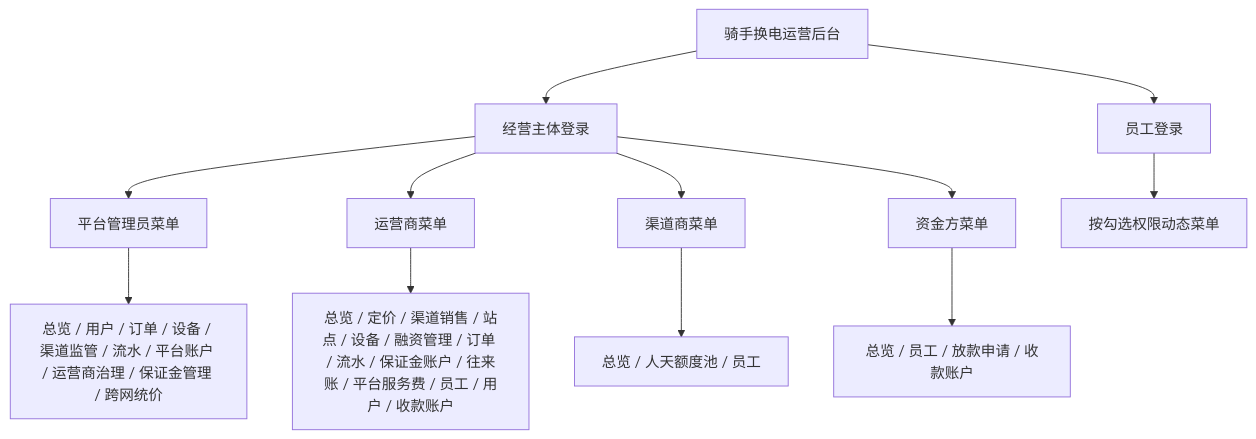
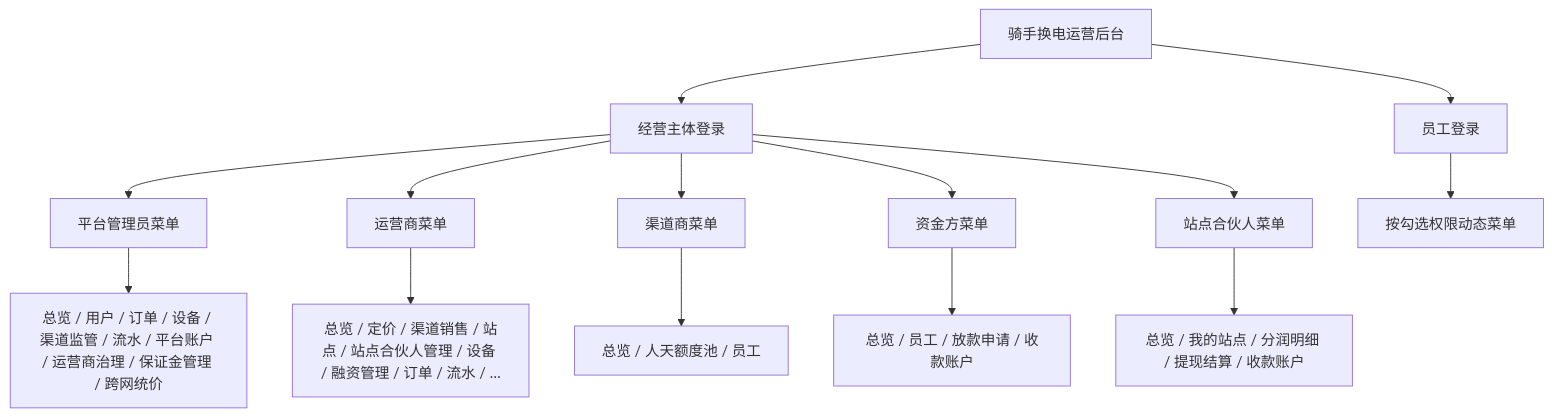
One commit to liudali/rider-swap-operator-prototype changed the third of 18 diagrams in docs/documentation/md/功能结构与业务流程.md. Above: the diagram before and after it, drawn with Mermaid. The commit also changed other lines of this file and 60 other files, not shown here.

````diff
--- a/docs/documentation/md/功能结构与业务流程.md
+++ b/docs/documentation/md/功能结构与业务流程.md
@@ -59,19 +61,21 @@
 ```mermaid
 flowchart TB
   Root[骑手换电运营后台]
 
   Root --> EntityLogin[经营主体登录]
   Root --> EmpLogin[员工登录]
 
   EntityLogin --> PlatM[平台管理员菜单]
   EntityLogin --> OPM[运营商菜单]
   EntityLogin --> CHM[渠道商菜单]
   EntityLogin --> LeaseM[资金方菜单]
+  EntityLogin --> SPM[站点合伙人菜单]
 
   PlatM --> PlatA[总览 / 用户 / 订单 / 设备 / 渠道监管 / 流水 / 平台账户 / 运营商治理 / 保证金管理 / 跨网统价]
-  OPM --> OPA[总览 / 定价 / 渠道销售 / 站点 / 设备 / 融资管理 / 订单 / 流水 / 保证金账户 / 往来账 / 平台服务费 / 员工 / 用户 / 收款账户]
+  OPM --> OPA[总览 / 定价 / 渠道销售 / 站点 / 站点合伙人管理 / 设备 / 融资管理 / 订单 / 流水 / …]
   CHM --> CHA[总览 / 人天额度池 / 员工]
   LeaseM --> LeaseA[总览 / 员工 / 放款申请 / 收款账户]
+  SPM --> SPA[总览 / 我的站点 / 分润明细 / 提现结算 / 收款账户]
 
   EmpLogin --> PermNav[按勾选权限动态菜单]
 ```
````
